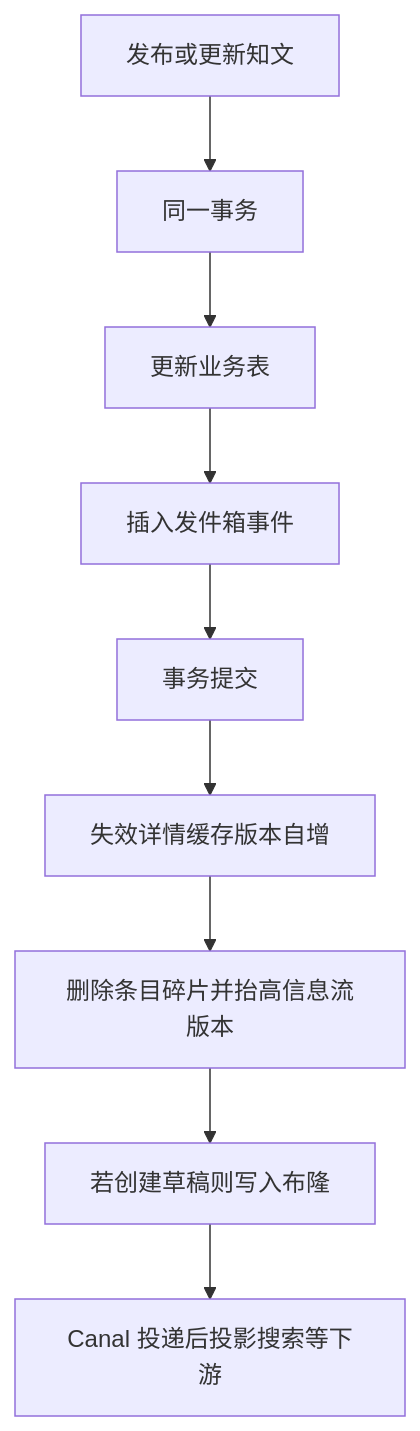
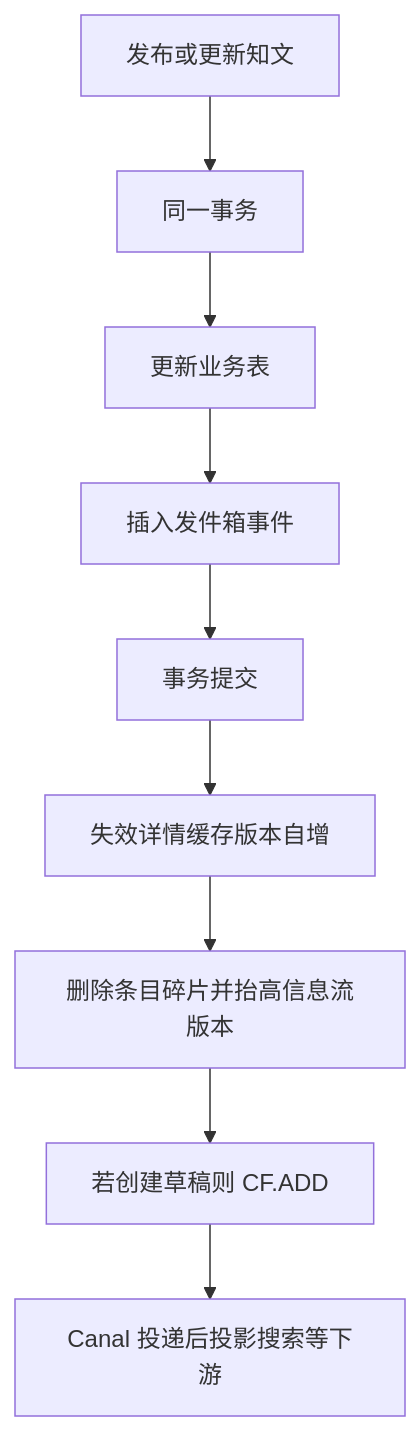
One commit to bitladykiller/zhiguang_go changed the second of 9 diagrams in docs/modules/04-知文内容缓存与Feed模块.md. Above: the diagram before and after it, drawn with Mermaid. The commit also changed other lines of this file and 12 other files, not shown here.

````diff
--- a/docs/modules/04-知文内容缓存与Feed模块.md
+++ b/docs/modules/04-知文内容缓存与Feed模块.md
@@ -545,11 +555,11 @@
 ```mermaid
 flowchart TD
     A[发布或更新知文] --> B[同一事务]
     B --> C[更新业务表]
     C --> D[插入发件箱事件]
     D --> E[事务提交]
     E --> F[失效详情缓存版本自增]
     F --> G[删除条目碎片并抬高信息流版本]
-    G --> H[若创建草稿则写入布隆]
+    G --> H[若创建草稿则 CF.ADD]
     H --> I[Canal 投递后投影搜索等下游]
 ```
````
